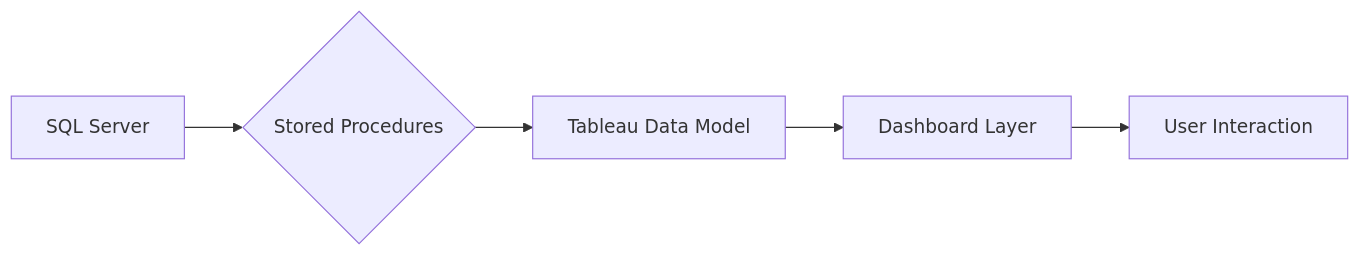
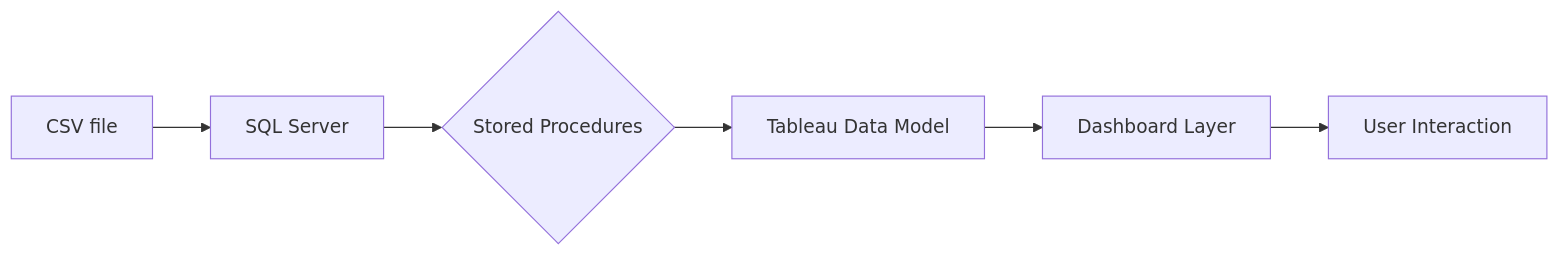
Before and after one commit to Younes-Sehanine/Bank-Loan-Dashboard: the diagram in README.md, drawn with Mermaid.

````diff
--- a/README.md
+++ b/README.md
@@ -43,7 +43,8 @@
 ```mermaid
 graph LR
-    A[SQL Server] --> B{Stored Procedures}
-    B --> C[Tableau Data Model]
-    C --> D[Dashboard Layer]
-    D --> E[User Interaction]
+    A[CSV file] --> B[SQL Server]
+    B[SQL Server] --> C{Stored Procedures}
+    C --> D[Tableau Data Model]
+    D --> E[Dashboard Layer]
+    E --> F[User Interaction]
 ```
````
